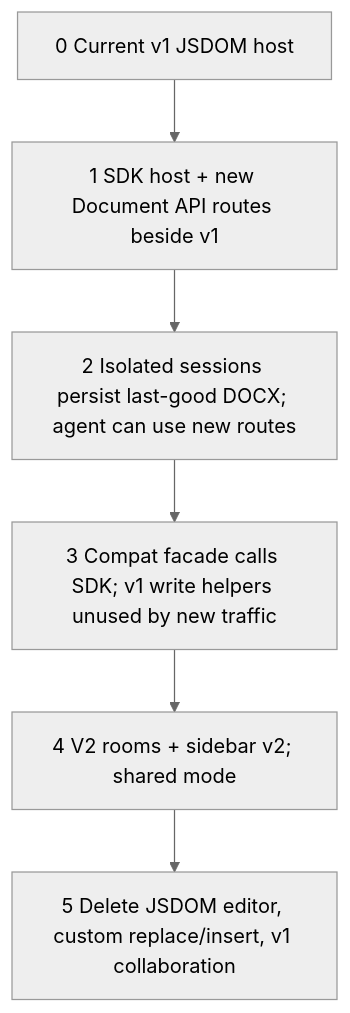
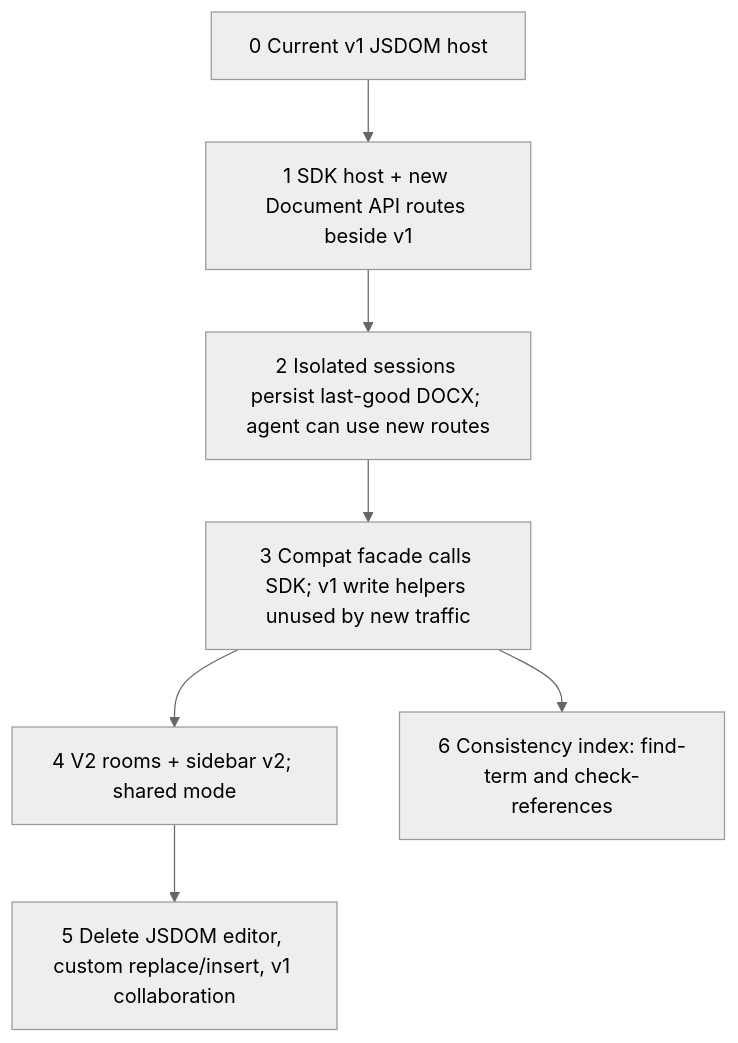
Before and after one commit to SpotDraft/morph: the fifth of 5 diagrams in docs/architecture/architecture-superdoc-redesign-2026-09-03/ARCHITECTURE-REDESIGN.md, drawn with Mermaid (neutral theme). The commit also changed other lines of this file and 4 other files, not shown here.

First line of the commit message:
docs: fold old spec findings into the architecture spine

````diff
--- a/docs/architecture/architecture-superdoc-redesign-2026-09-03/ARCHITECTURE-REDESIGN.md
+++ b/docs/architecture/architecture-superdoc-redesign-2026-09-03/ARCHITECTURE-REDESIGN.md
@@ -413,10 +458,12 @@
 ```mermaid
 flowchart TD
   S0[0 Current v1 JSDOM host]
   S1[1 SDK host + new Document API routes beside v1]
   S2[2 Isolated sessions persist last-good DOCX; agent can use new routes]
   S3[3 Compat facade calls SDK; v1 write helpers unused by new traffic]
   S4[4 V2 rooms + sidebar v2; shared mode]
   S5[5 Delete JSDOM editor, custom replace/insert, v1 collaboration]
+  S6[6 Consistency index: find-term and check-references]
   S0 --> S1 --> S2 --> S3 --> S4 --> S5
+  S3 --> S6
 ```
````
